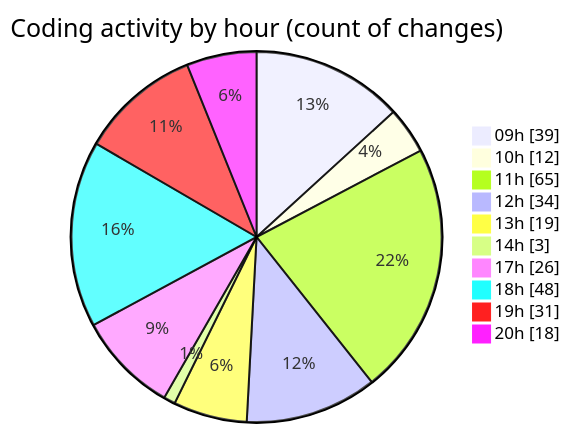
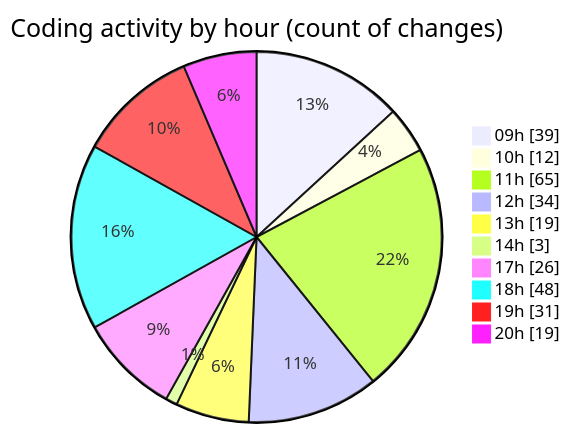
One commit to momahboobian/code-tracking changed the second of 2 diagrams in 2025-03-04/cda/README.md. Above: the diagram before and after it, drawn with Mermaid. The commit also changed other lines of this file and 1 other file, not shown here.

````diff
--- a/2025-03-04/cda/README.md
+++ b/2025-03-04/cda/README.md
@@ -44,14 +44,14 @@
 ```mermaid
 pie showData
 title Coding activity by hour (count of changes)
 "09h" : 39
 "10h" : 12
 "11h" : 65
 "12h" : 34
 "13h" : 19
 "14h" : 3
 "17h" : 26
 "18h" : 48
 "19h" : 31
-"20h" : 18
+"20h" : 19
 ```
````
